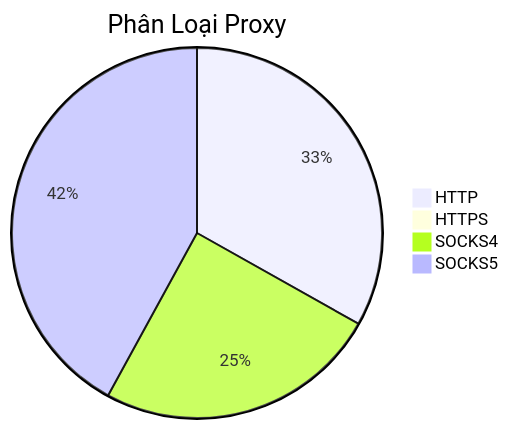
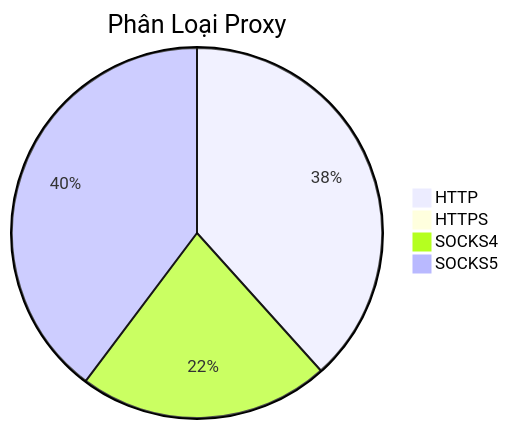
Before and after one commit to Ciara-Aa/PROXY-free: the diagram in README.md, drawn with Mermaid. The commit also changed other lines of this file and 4 other files, not shown here.

````diff
--- a/README.md
+++ b/README.md
@@ -26,7 +26,7 @@
 ```mermaid
 pie title Phân Loại Proxy
-    "HTTP" : 366
-    "HTTPS" : 1
-    "SOCKS4" : 274
-    "SOCKS5" : 464
+    "HTTP" : 411
+    "HTTPS" : 0
+    "SOCKS4" : 235
+    "SOCKS5" : 426
 ```
````
